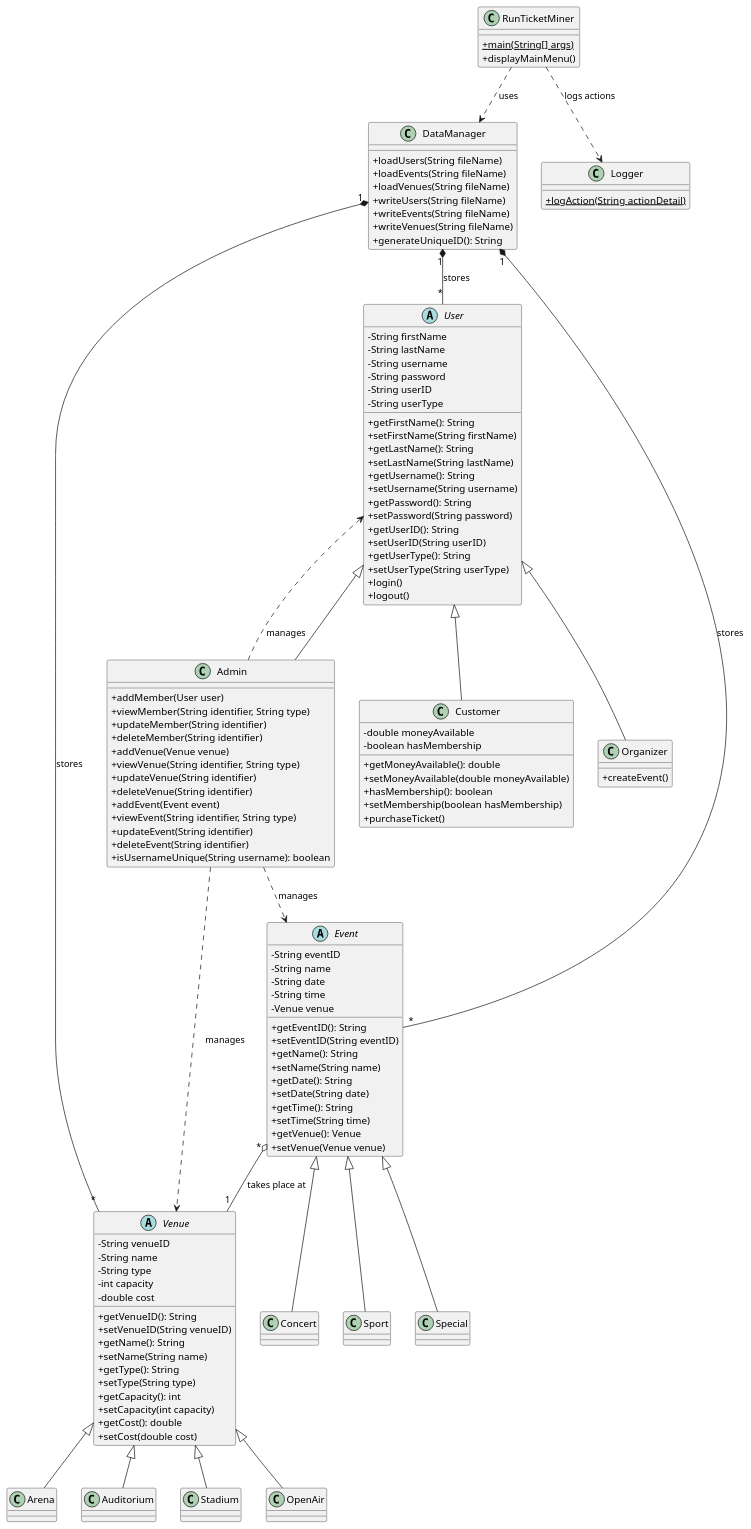
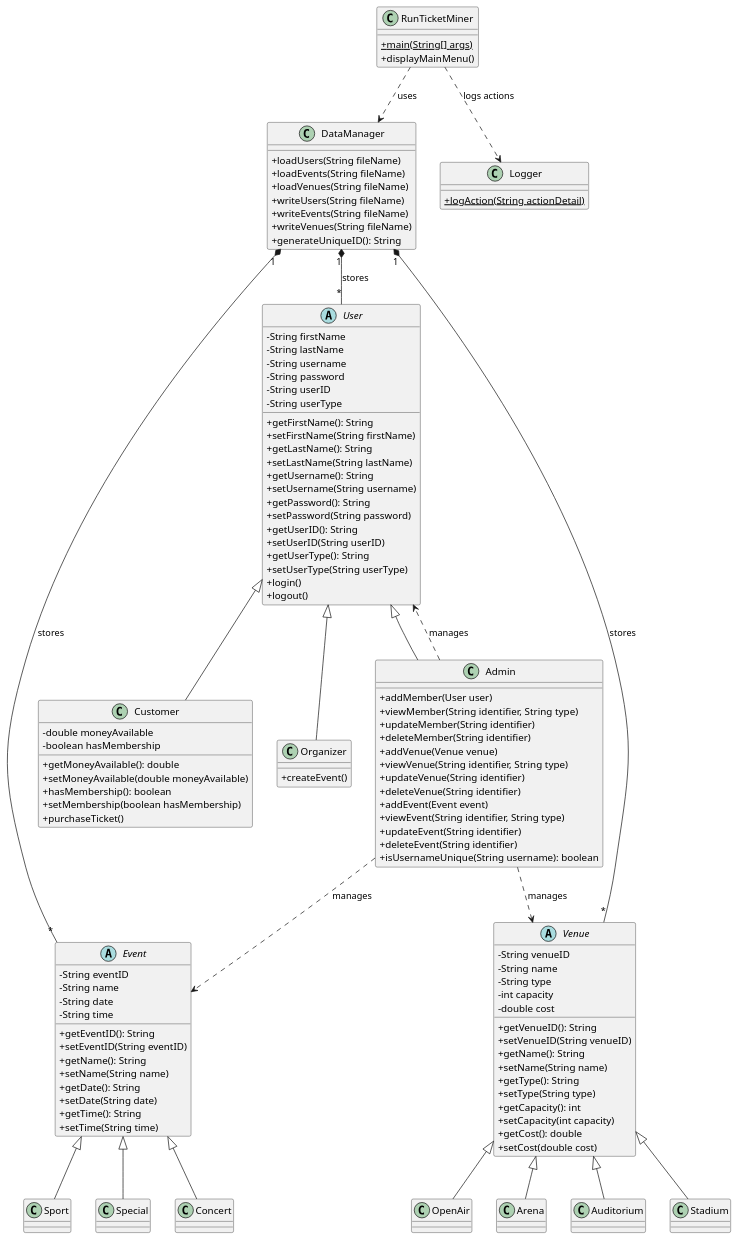
The diagram in ClassDiagram.puml (jluna4072/TicketMiner), drawn with PlantUML before and after one commit. The commit also changed other lines of this file and 15 other files, not shown here.

Commit message:
Refactor event and venue classes to include constructors and additional attributes; implement loadEvents and loadVenues methods in DataManager; add test classes for loading events and venues.

```diff
--- a/ClassDiagram.puml
+++ b/ClassDiagram.puml
@@ -1,141 +1,137 @@
 @startuml ClassDiagram
 skinparam classAttributeIconSize 0
 
 abstract class User {
     - String firstName
     - String lastName
     - String username
     - String password
     - String userID
     - String userType
     + getFirstName(): String
     + setFirstName(String firstName)
     + getLastName(): String
     + setLastName(String lastName)
     + getUsername(): String
     + setUsername(String username)
     + getPassword(): String
     + setPassword(String password)
     + getUserID(): String
     + setUserID(String userID)
     + getUserType(): String
     + setUserType(String userType)
     + login()
     + logout()
 }
 class Customer {
     - double moneyAvailable
     - boolean hasMembership
     + getMoneyAvailable(): double
     + setMoneyAvailable(double moneyAvailable)
     + hasMembership(): boolean
     + setMembership(boolean hasMembership)
     + purchaseTicket()
 }
 
 class Organizer {
     + createEvent()
 }
 
 class Admin {
     + addMember(User user)
     + viewMember(String identifier, String type)
     + updateMember(String identifier)
     + deleteMember(String identifier)
     + addVenue(Venue venue)
     + viewVenue(String identifier, String type)
     + updateVenue(String identifier)
     + deleteVenue(String identifier)
     + addEvent(Event event)
     + viewEvent(String identifier, String type)
     + updateEvent(String identifier)
     + deleteEvent(String identifier)
     + isUsernameUnique(String username): boolean
 }
 
 abstract class Event {
     - String eventID
     - String name
     - String date
     - String time
-    - Venue venue
 
     + getEventID(): String
     + setEventID(String eventID)
     + getName(): String
     + setName(String name)
     + getDate(): String
     + setDate(String date)
     + getTime(): String
     + setTime(String time)
-    + getVenue(): Venue
-    + setVenue(Venue venue)
 }
 
 class Concert extends Event
 class Sport extends Event
 class Special extends Event
 
 abstract class Venue {
     - String venueID
     - String name
     - String type
     - int capacity
     - double cost
     + getVenueID(): String
     + setVenueID(String venueID)
     + getName(): String
     + setName(String name)
     + getType(): String
     + setType(String type)
     + getCapacity(): int
     + setCapacity(int capacity)
     + getCost(): double
     + setCost(double cost)
 }
 
 class Arena extends Venue
 class Auditorium extends Venue
 class Stadium extends Venue
 class OpenAir extends Venue
 
 class RunTicketMiner {
     + {static} main(String[] args)
     + displayMainMenu()
 }
 
 class DataManager {
     + loadUsers(String fileName)
     + loadEvents(String fileName)
     + loadVenues(String fileName)
     + writeUsers(String fileName)
     + writeEvents(String fileName)
     + writeVenues(String fileName)
     + generateUniqueID(): String
 
 }
 
 class Logger {
     + {static} logAction(String actionDetail)
 }
 
 ' --- Relationships ---
 
 ' Inheritance
 User <|-- Customer 
 User <|-- Organizer
 User <|-- Admin
 
 ' Aggregation / Composition 
-Event "*" o-- "1" Venue : takes place at
 DataManager "1" *-- "*" User : stores
 DataManager "1" *-- "*" Event : stores
 DataManager "1" *-- "*" Venue : stores
 
 ' Dependencies
 Admin ..> User : manages
 Admin ..> Venue : manages
 Admin ..> Event : manages
 RunTicketMiner ..> DataManager : uses
 RunTicketMiner ..> Logger : logs actions
 @enduml
```
